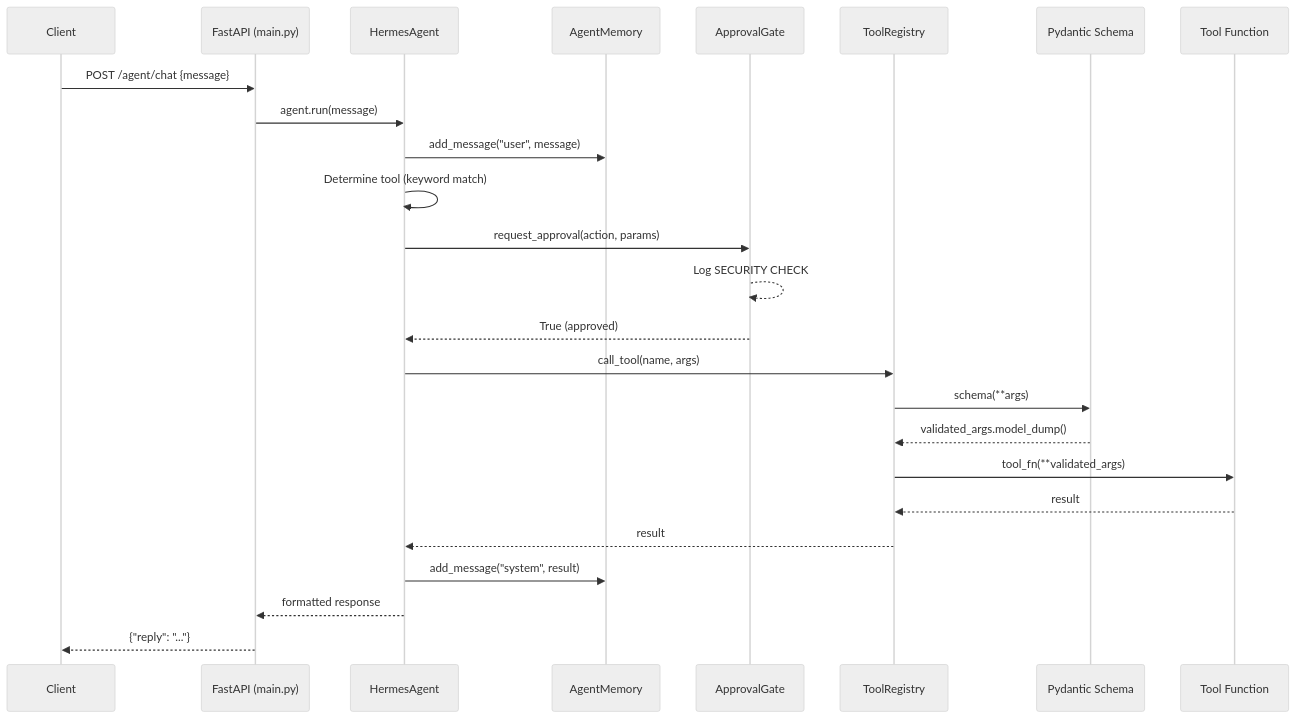
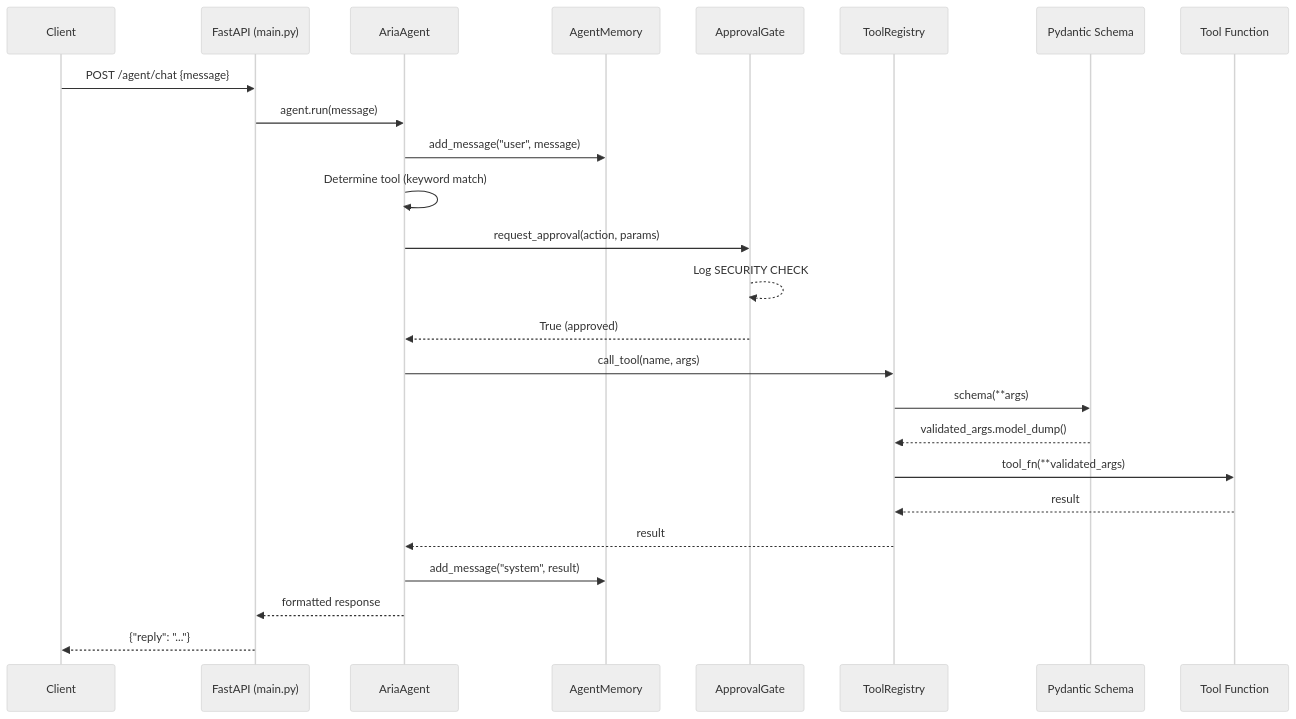
One commit to FishRaposo/aria-agent changed the first of 4 diagrams in docs/architecture.md. Above: the diagram before and after it, drawn with Mermaid (neutral theme). The commit also changed other lines of this file and 31 other files, not shown here.

First line of the commit message:
refactor(aria-agent): rename package from hermes to aria_agent

````diff
--- a/docs/architecture.md
+++ b/docs/architecture.md
@@ -43,28 +43,28 @@
 ```mermaid
 sequenceDiagram
     participant Client
     participant API as FastAPI (main.py)
-    participant Agent as HermesAgent
+    participant Agent as AriaAgent
     participant Memory as AgentMemory
     participant Gate as ApprovalGate
     participant Registry as ToolRegistry
     participant Schema as Pydantic Schema
     participant Tool as Tool Function
 
     Client->>API: POST /agent/chat {message}
     API->>Agent: agent.run(message)
     Agent->>Memory: add_message("user", message)
     Agent->>Agent: Determine tool (keyword match)
     Agent->>Gate: request_approval(action, params)
     Gate-->>Gate: Log SECURITY CHECK
     Gate-->>Agent: True (approved)
     Agent->>Registry: call_tool(name, args)
     Registry->>Schema: schema(**args)
     Schema-->>Registry: validated_args.model_dump()
     Registry->>Tool: tool_fn(**validated_args)
     Tool-->>Registry: result
     Registry-->>Agent: result
     Agent->>Memory: add_message("system", result)
     Agent-->>API: formatted response
     API-->>Client: {"reply": "..."}
 ```
````
